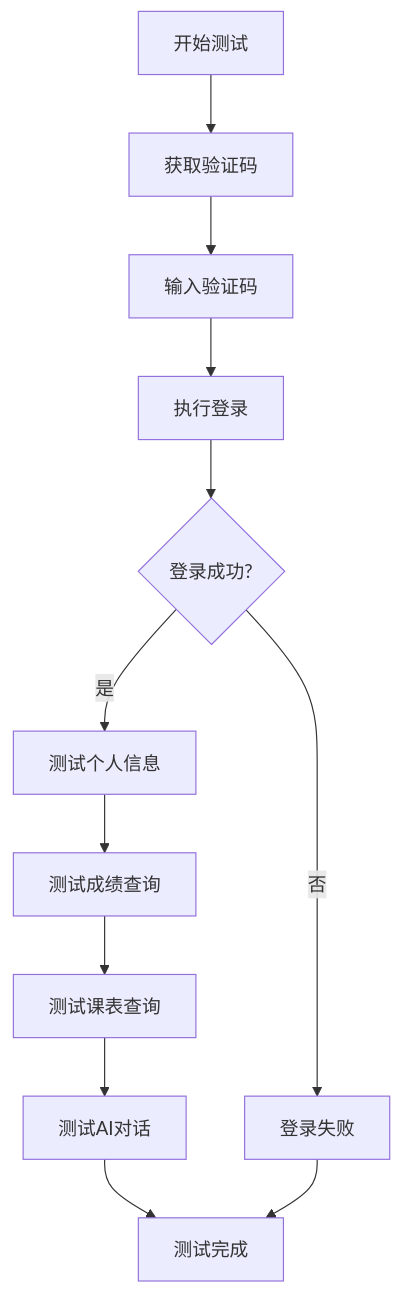
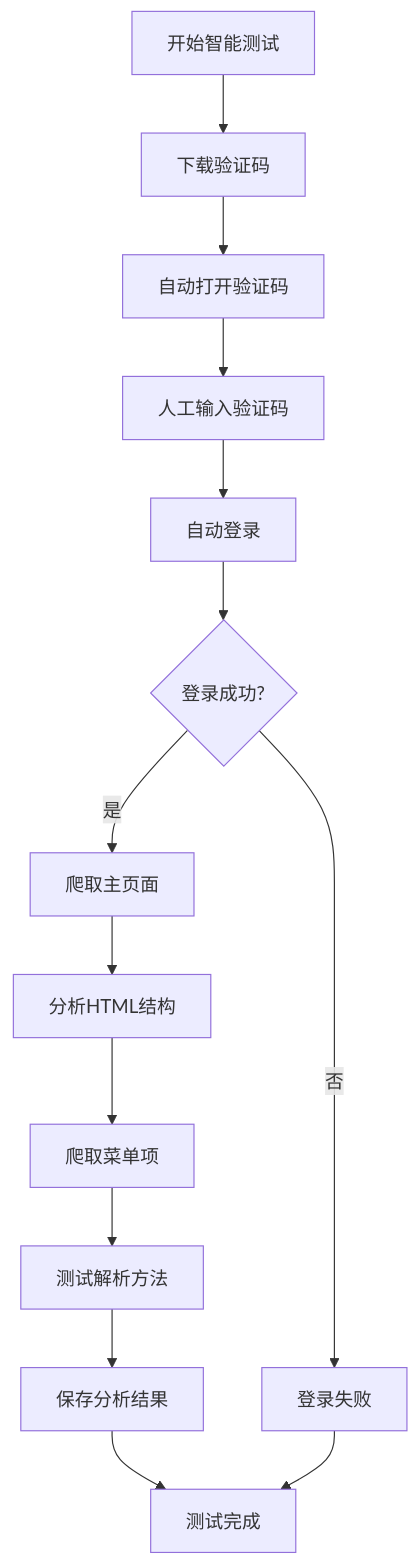
The seventh of 10 diagrams in .qoder/repowiki/zh/content/开发指南/测试策略/爬虫验证报告.md (ghbbn053-ship-itsoulddog/soulddog), drawn with Mermaid before and after one commit. The commit also changed other lines of this file and 47 other files, not shown here.

````diff
--- a/.qoder/repowiki/zh/content/开发指南/测试策略/爬虫验证报告.md
+++ b/.qoder/repowiki/zh/content/开发指南/测试策略/爬虫验证报告.md
@@ -295,14 +389,16 @@
 ```mermaid
 flowchart TD
-TestStart[开始测试] --> GetCaptcha[获取验证码]
-GetCaptcha --> InputCaptcha[输入验证码]
-InputCaptcha --> Login[执行登录]
+TestStart[开始智能测试] --> DownloadCaptcha[下载验证码]
+DownloadCaptcha --> AutoOpenCaptcha[自动打开验证码]
+AutoOpenCaptcha --> InputCaptcha[人工输入验证码]
+InputCaptcha --> Login[自动登录]
 Login --> CheckLogin{登录成功?}
-CheckLogin --> |是| TestPersonalInfo[测试个人信息]
+CheckLogin --> |是| CrawlMainPage[爬取主页面]
 CheckLogin --> |否| LoginFailed[登录失败]
-TestPersonalInfo --> TestGrades[测试成绩查询]
-TestGrades --> TestSchedule[测试课表查询]
-TestSchedule --> TestChat[测试AI对话]
-TestChat --> TestComplete[测试完成]
+CrawlMainPage --> AnalyzeHTML[分析HTML结构]
+AnalyzeHTML --> CrawlMenuItems[爬取菜单项]
+CrawlMenuItems --> TestMethods[测试解析方法]
+TestMethods --> SaveResults[保存分析结果]
+SaveResults --> TestComplete[测试完成]
 LoginFailed --> TestComplete
 ```
````
